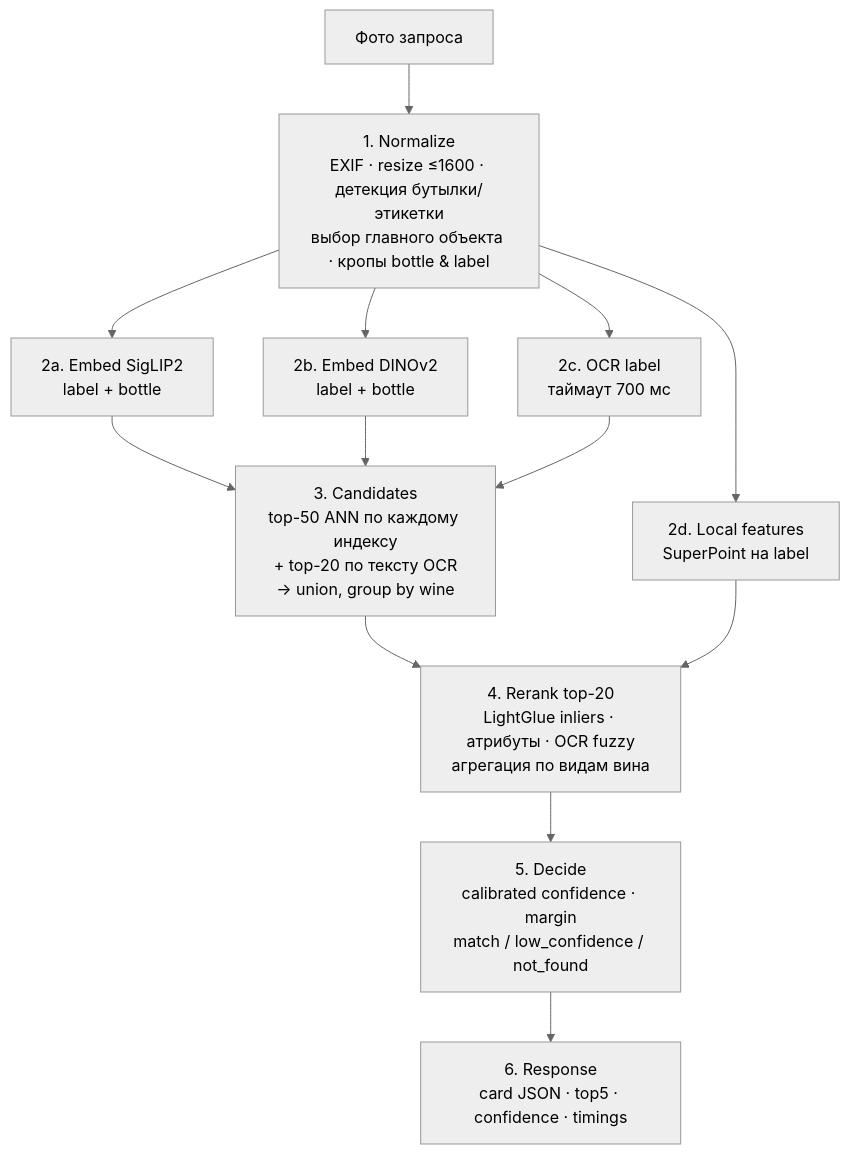
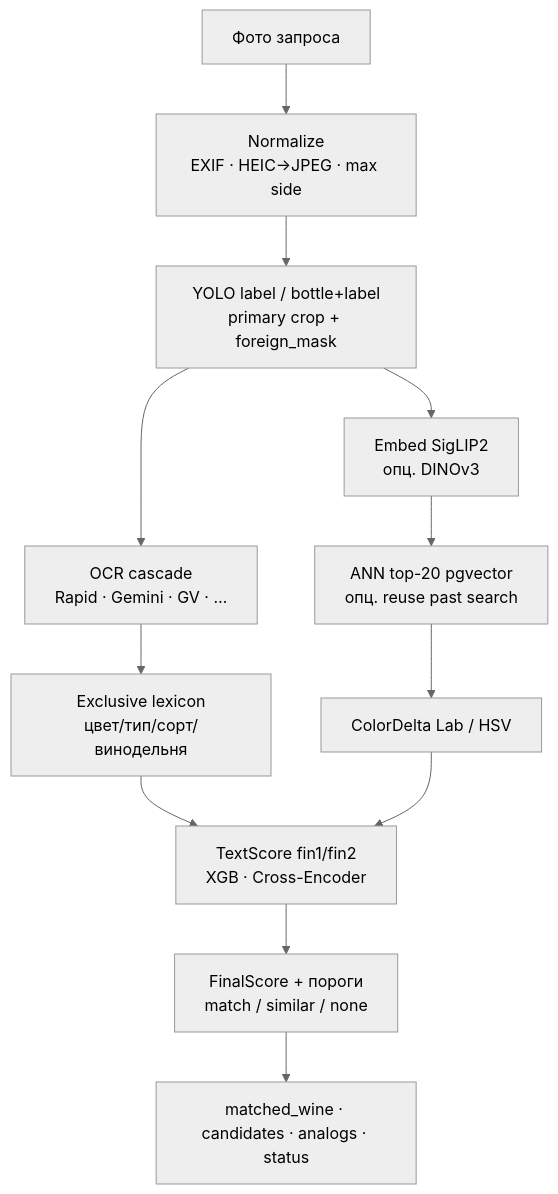
Before and after one commit to kairov-eng/vino: the second of 2 diagrams in architecture/ARCHITECTURE.md, drawn with Mermaid (neutral theme). The commit also changed other lines of this file and 8 other files, not shown here.

First line of the commit message:
docs: refresh architecture/* to match current React/FastAPI stack

````diff
--- a/architecture/ARCHITECTURE.md
+++ b/architecture/ARCHITECTURE.md
@@ -39,15 +48,14 @@
 ```mermaid
 flowchart TD
-    A[Фото запроса] --> N[1. Normalize<br/>EXIF · resize ≤1600 · детекция бутылки/этикетки<br/>выбор главного объекта · кропы bottle & label]
-    N --> E1[2a. Embed SigLIP2<br/>label + bottle]
-    N --> E2[2b. Embed DINOv2<br/>label + bottle]
-    N --> O[2c. OCR label<br/>таймаут 700 мс]
-    N --> L[2d. Local features<br/>SuperPoint на label]
-    E1 --> C[3. Candidates<br/>top-50 ANN по каждому индексу<br/>+ top-20 по тексту OCR<br/>→ union, group by wine]
-    E2 --> C
-    O --> C
-    C --> R[4. Rerank top-20<br/>LightGlue inliers · атрибуты · OCR fuzzy<br/>агрегация по видам вина]
-    L --> R
-    R --> D[5. Decide<br/>calibrated confidence · margin<br/>match / low_confidence / not_found]
-    D --> J[6. Response<br/>card JSON · top5 · confidence · timings]
+    A[Фото запроса] --> N[Normalize<br/>EXIF · HEIC→JPEG · max side]
+    N --> Y[YOLO label / bottle+label<br/>primary crop + foreign_mask]
+    Y --> E[Embed SigLIP2<br/>опц. DINOv3]
+    Y --> O[OCR cascade<br/>Rapid · Gemini · GV · …]
+    E --> C[ANN top-20 pgvector<br/>опц. reuse past search]
+    O --> X[Exclusive lexicon<br/>цвет/тип/сорт/винодельня]
+    C --> CD[ColorDelta Lab / HSV]
+    X --> T[TextScore fin1/fin2<br/>XGB · Cross-Encoder]
+    CD --> T
+    T --> D[FinalScore + пороги<br/>match / similar / none]
+    D --> J[matched_wine · candidates · analogs · status]
 ```
````
